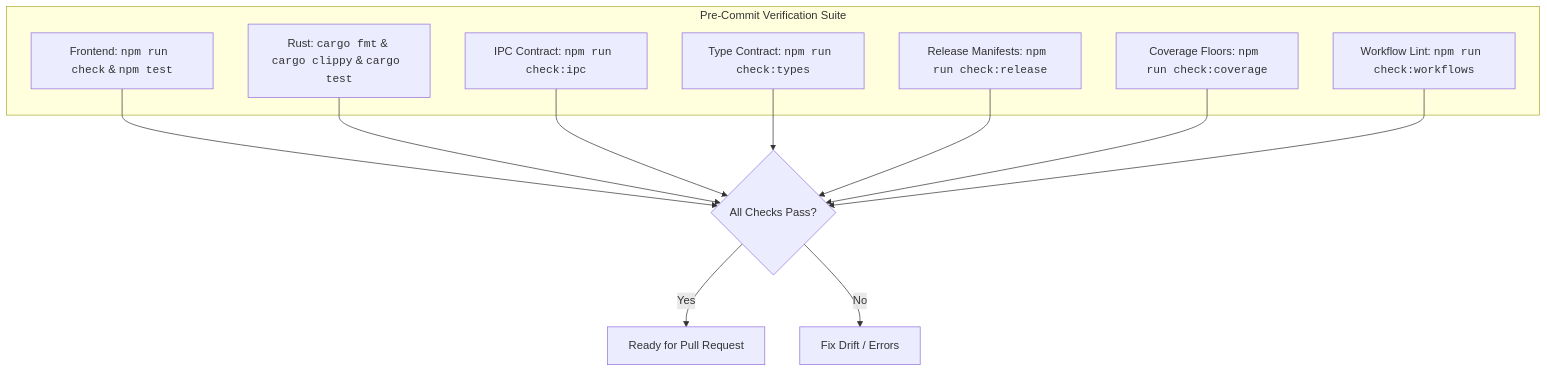
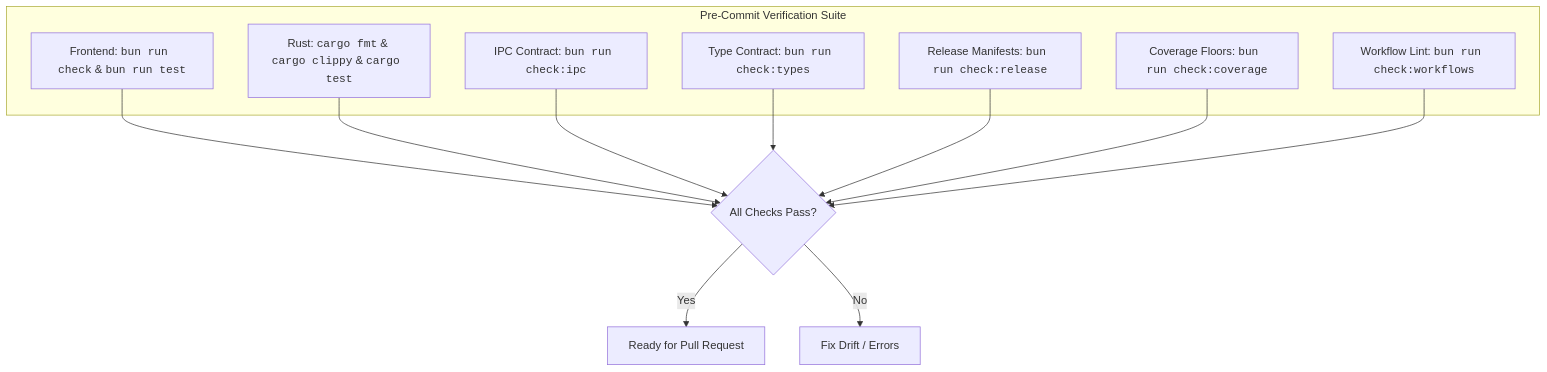
Before and after one commit to bharathvbcr/GitPulse: the diagram in CONTRIBUTING.md, drawn with Mermaid. The commit also changed other lines of this file and 57 other files, not shown here.

First line of the commit message:
build: install and run package scripts with Bun

````diff
--- a/CONTRIBUTING.md
+++ b/CONTRIBUTING.md
@@ -178,23 +179,23 @@
 ```mermaid
 flowchart TD
     subgraph PreCommit["Pre-Commit Verification Suite"]
-        FrontendChecks["Frontend: <code>npm run check</code> & <code>npm test</code>"]
+        FrontendChecks["Frontend: <code>bun run check</code> & <code>bun run test</code>"]
         RustChecks["Rust: <code>cargo fmt</code> & <code>cargo clippy</code> & <code>cargo test</code>"]
-        IPCCheck["IPC Contract: <code>npm run check:ipc</code>"]
-        TypeCheck["Type Contract: <code>npm run check:types</code>"]
-        ReleaseCheck["Release Manifests: <code>npm run check:release</code>"]
-        CoverageCheck["Coverage Floors: <code>npm run check:coverage</code>"]
-        WorkflowCheck["Workflow Lint: <code>npm run check:workflows</code>"]
+        IPCCheck["IPC Contract: <code>bun run check:ipc</code>"]
+        TypeCheck["Type Contract: <code>bun run check:types</code>"]
+        ReleaseCheck["Release Manifests: <code>bun run check:release</code>"]
+        CoverageCheck["Coverage Floors: <code>bun run check:coverage</code>"]
+        WorkflowCheck["Workflow Lint: <code>bun run check:workflows</code>"]
     end
 
     FrontendChecks --> AllPass{"All Checks Pass?"}
     RustChecks --> AllPass
     IPCCheck --> AllPass
     TypeCheck --> AllPass
     ReleaseCheck --> AllPass
     CoverageCheck --> AllPass
     WorkflowCheck --> AllPass
 
     AllPass -->|Yes| ReadyPR["Ready for Pull Request"]
     AllPass -->|No| FixCode["Fix Drift / Errors"]
 ```
````
